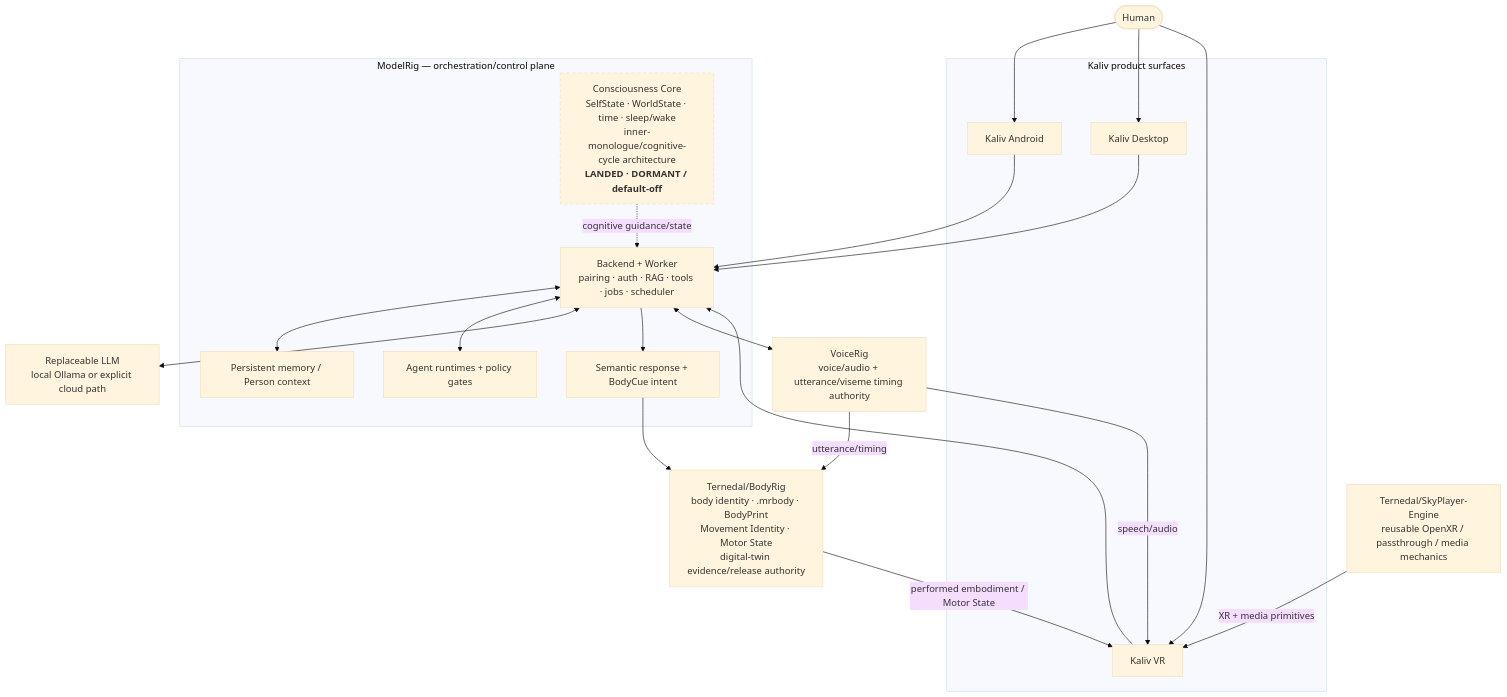
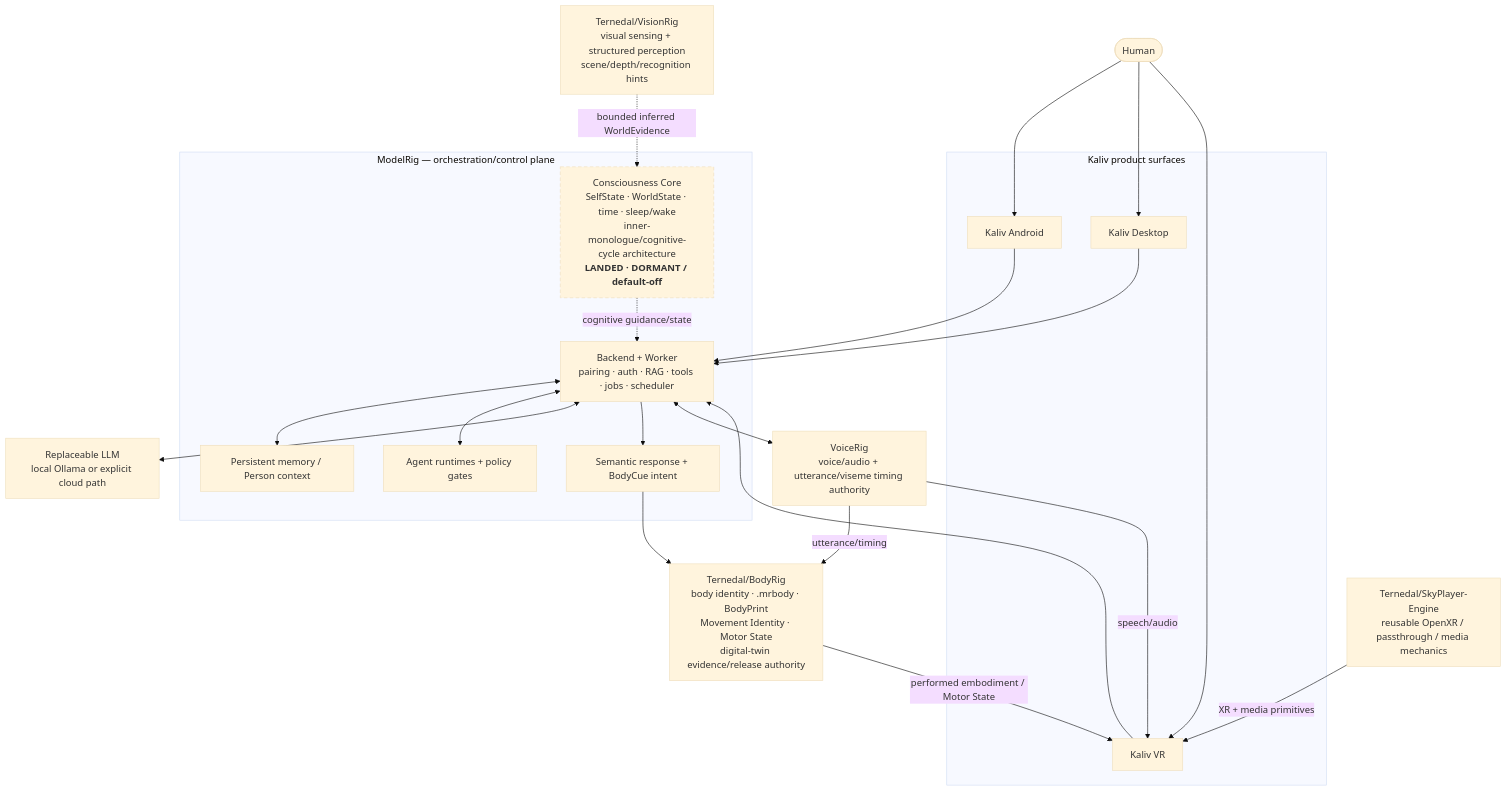
Before and after one commit to Ternedal/ModelRig: the first of 3 diagrams in docs/KALIV_SYSTEM_DEFINITION.md, drawn with Mermaid (base theme). The commit also changed other lines of this file, not shown here.

Commit message:
docs: add VisionRig authority to Kaliv system definition

````diff
--- a/docs/KALIV_SYSTEM_DEFINITION.md
+++ b/docs/KALIV_SYSTEM_DEFINITION.md
@@ -30,48 +30,50 @@
 ```mermaid
 flowchart TB
     Human([Human])
 
     subgraph Clients["Kaliv product surfaces"]
         Android["Kaliv Android"]
         Desktop["Kaliv Desktop"]
         KVR["Kaliv VR"]
     end
 
     subgraph MR["ModelRig — orchestration/control plane"]
         API["Backend + Worker<br/>pairing · auth · RAG · tools · jobs · scheduler"]
         Memory["Persistent memory / Person context"]
         Agents["Agent runtimes + policy gates"]
         Intent["Semantic response + BodyCue intent"]
         CC["Consciousness Core<br/>SelfState · WorldState · time · sleep/wake<br/>inner-monologue/cognitive-cycle architecture<br/><b>LANDED · DORMANT / default-off</b>"]
     end
 
     LLM["Replaceable LLM<br/>local Ollama or explicit cloud path"]
     Voice["VoiceRig<br/>voice/audio + utterance/viseme timing authority"]
+    Vision["Ternedal/VisionRig<br/>visual sensing + structured perception<br/>scene/depth/recognition hints"]
     Body["Ternedal/BodyRig<br/>body identity · .mrbody · BodyPrint<br/>Movement Identity · Motor State<br/>digital-twin evidence/release authority"]
     Sky["Ternedal/SkyPlayer-Engine<br/>reusable OpenXR / passthrough / media mechanics"]
 
     Human --> Android
     Human --> Desktop
     Human --> KVR
 
     Android --> API
     Desktop --> API
     KVR --> API
 
     API <--> Memory
     API <--> Agents
     CC -. "cognitive guidance/state" .-> API
     API <--> LLM
     API --> Intent
 
     API <--> Voice
+    Vision -. "bounded inferred WorldEvidence" .-> CC
     Intent --> Body
     Voice -->|"utterance/timing"| Body
 
     Body -->|"performed embodiment / Motor State"| KVR
     Voice -->|"speech/audio"| KVR
     Sky -->|"XR + media primitives"| KVR
 
     classDef dormant stroke-dasharray:6 4;
     class CC dormant;
 ```
````
